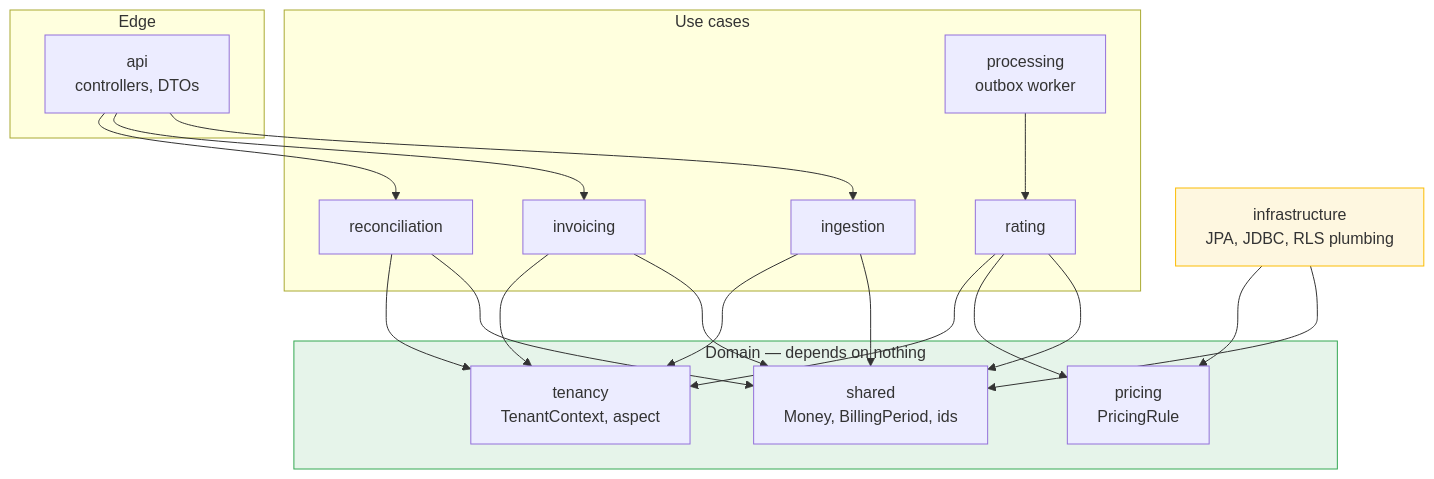
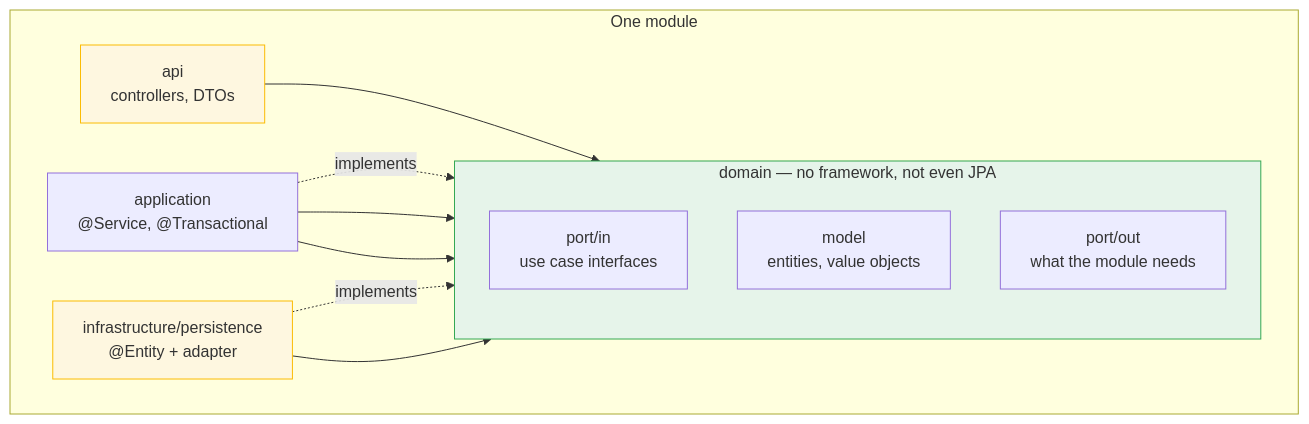
The second of 4 diagrams in docs/diagrams/architecture.md (jptoror/usage-rating-service), drawn with Mermaid before and after one commit. The commit also changed other lines of this file and 2 other files, not shown here.

````diff
--- a/docs/diagrams/architecture.md
+++ b/docs/diagrams/architecture.md
@@ -36,32 +39,25 @@
 ```mermaid
-flowchart TD
-  subgraph edge["Edge"]
+flowchart LR
+  subgraph mod["One module"]
+    direction LR
     API["api<br/>controllers, DTOs"]
+    APP["application<br/>@Service, @Transactional"]
+    subgraph dom["domain — no framework, not even JPA"]
+      direction TB
+      PIN["port/in<br/>use case interfaces"]
+      MODEL["model<br/>entities, value objects"]
+      POUT["port/out<br/>what the module needs"]
+    end
+    INFRA["infrastructure/persistence<br/>@Entity + adapter"]
   end
 
-  subgraph app["Use cases"]
-    ING["ingestion"]
-    RAT["rating"]
-    INV["invoicing"]
-    REC["reconciliation"]
-    PROC["processing<br/>outbox worker"]
-  end
-
-  subgraph dom["Domain — depends on nothing"]
-    MONEY["shared<br/>Money, BillingPeriod, ids"]
-    PRICE["pricing<br/>PricingRule"]
-    TEN["tenancy<br/>TenantContext, aspect"]
-  end
-
-  INFRA["infrastructure<br/>JPA, JDBC, RLS plumbing"]
-
-  API --> ING & INV & REC
-  PROC --> RAT
-  ING & RAT & INV & REC --> MONEY
-  RAT --> PRICE
-  ING & RAT & INV & REC --> TEN
-  INFRA --> MONEY & PRICE
+  API --> PIN
+  APP -. implements .-> PIN
+  APP --> MODEL & POUT
+  INFRA -. implements .-> POUT
+  INFRA --> MODEL
 
   style dom fill:#e6f4ea,stroke:#34a853
   style INFRA fill:#fef7e0,stroke:#fbbc04
+  style API fill:#fef7e0,stroke:#fbbc04
 ```
````
